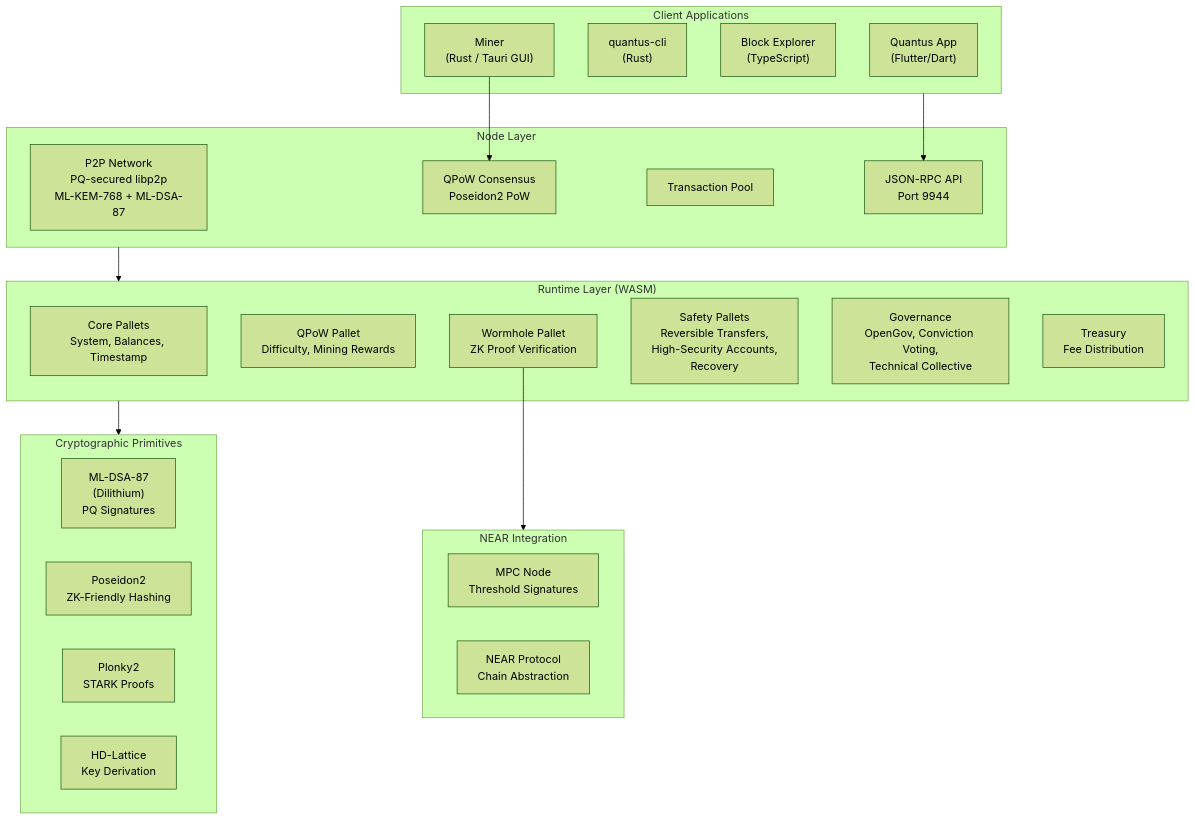
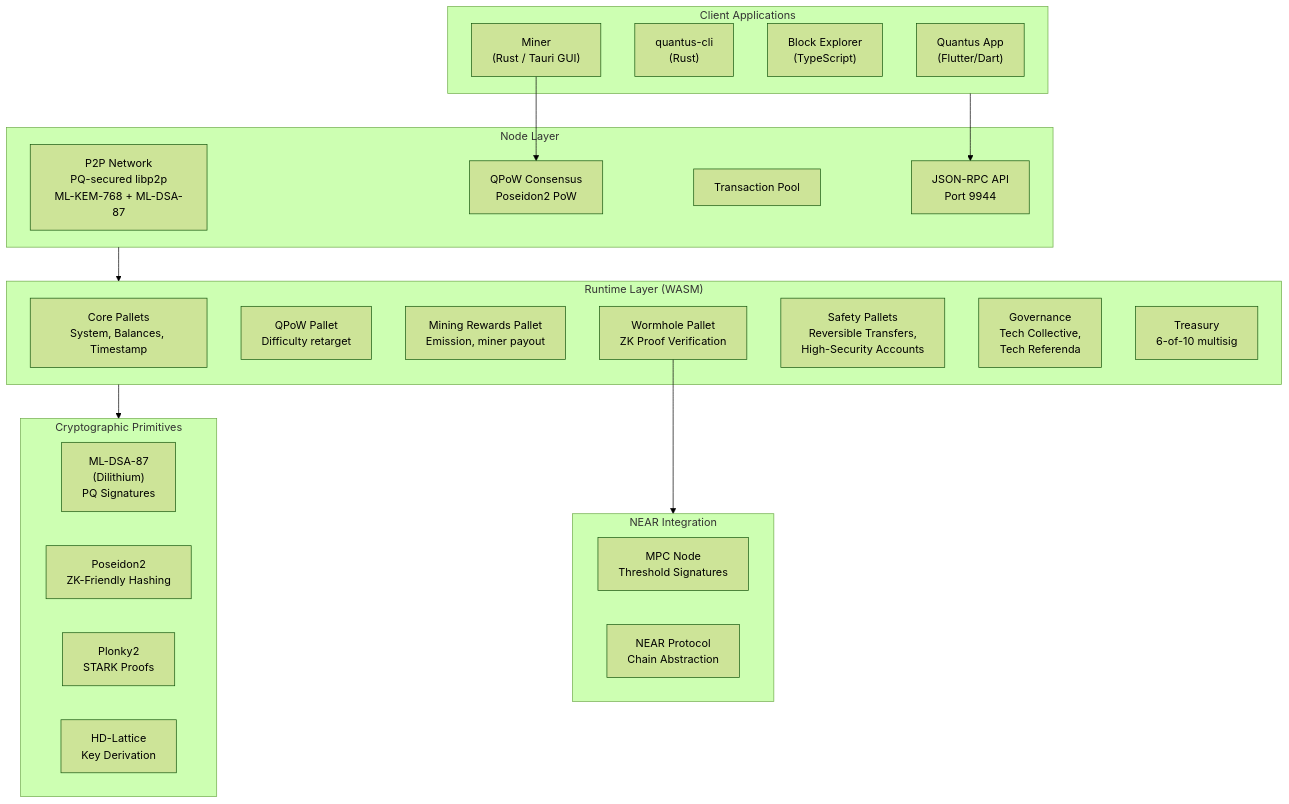
Before and after one commit to Quantus-Network/docs: the first of 2 diagrams in docs/architecture.md, drawn with Mermaid (forest theme). The commit also changed other lines of this file and 9 other files, not shown here.

First line of the commit message:
docs: fix stale token, governance, and safety claims

````diff
--- a/docs/architecture.md
+++ b/docs/architecture.md
@@ -12,43 +12,44 @@
 ```mermaid
 graph TB
     subgraph Clients["Client Applications"]
         App["Quantus App<br/>(Flutter/Dart)"]
         CLI["quantus-cli<br/>(Rust)"]
         Explorer["Block Explorer<br/>(TypeScript)"]
         MinerApp["Miner<br/>(Rust / Tauri GUI)"]
     end
 
     subgraph Node["Node Layer"]
         P2P["P2P Network<br/>PQ-secured libp2p<br/>ML-KEM-768 + ML-DSA-87"]
         Consensus["QPoW Consensus<br/>Poseidon2 PoW"]
         TxPool["Transaction Pool"]
         RPC["JSON-RPC API<br/>Port 9944"]
     end
 
     subgraph Runtime["Runtime Layer (WASM)"]
         Core["Core Pallets<br/>System, Balances, Timestamp"]
-        QPow["QPoW Pallet<br/>Difficulty, Mining Rewards"]
+        QPow["QPoW Pallet<br/>Difficulty retarget"]
+        MiningRewards["Mining Rewards Pallet<br/>Emission, miner payout"]
         Wormhole["Wormhole Pallet<br/>ZK Proof Verification"]
-        Safety["Safety Pallets<br/>Reversible Transfers,<br/>High-Security Accounts,<br/>Recovery"]
-        Gov["Governance<br/>OpenGov, Conviction Voting,<br/>Technical Collective"]
-        Treasury["Treasury<br/>Fee Distribution"]
+        Safety["Safety Pallets<br/>Reversible Transfers,<br/>High-Security Accounts"]
+        Gov["Governance<br/>Tech Collective,<br/>Tech Referenda"]
+        Treasury["Treasury<br/>6-of-10 multisig"]
     end
 
     subgraph Crypto["Cryptographic Primitives"]
         Dilithium["ML-DSA-87<br/>(Dilithium)<br/>PQ Signatures"]
         Poseidon["Poseidon2<br/>ZK-Friendly Hashing"]
         Plonky2["Plonky2<br/>STARK Proofs"]
         HDWallet["HD-Lattice<br/>Key Derivation"]
     end
 
     subgraph Bridge["NEAR Integration"]
         MPC["MPC Node<br/>Threshold Signatures"]
         NEAR["NEAR Protocol<br/>Chain Abstraction"]
     end
 
     Clients --> RPC
     MinerApp --> Consensus
     Node --> Runtime
     Runtime --> Crypto
     Wormhole --> Bridge
 ```
````
